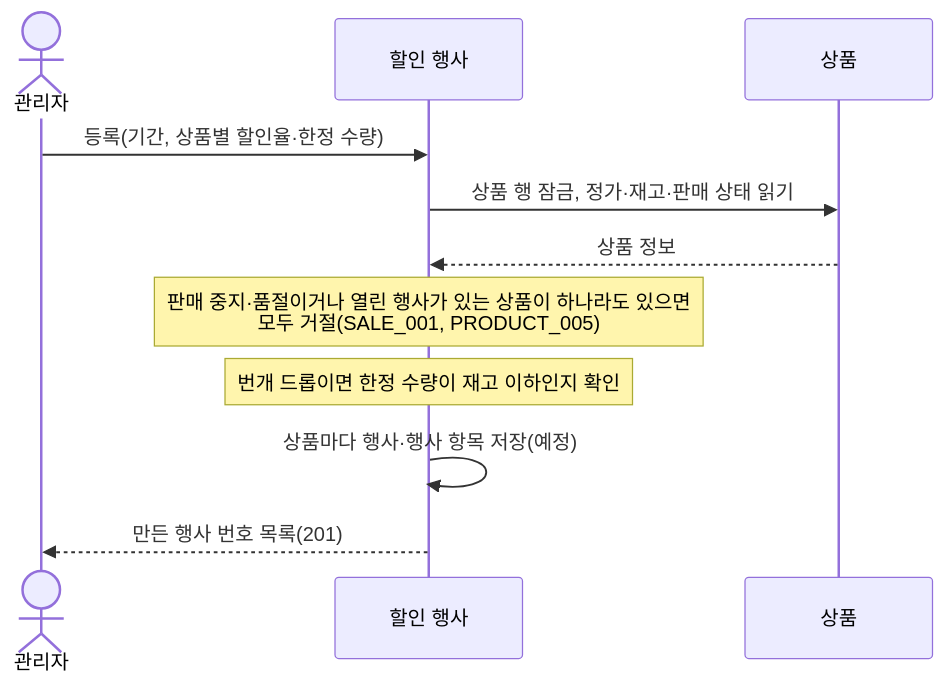
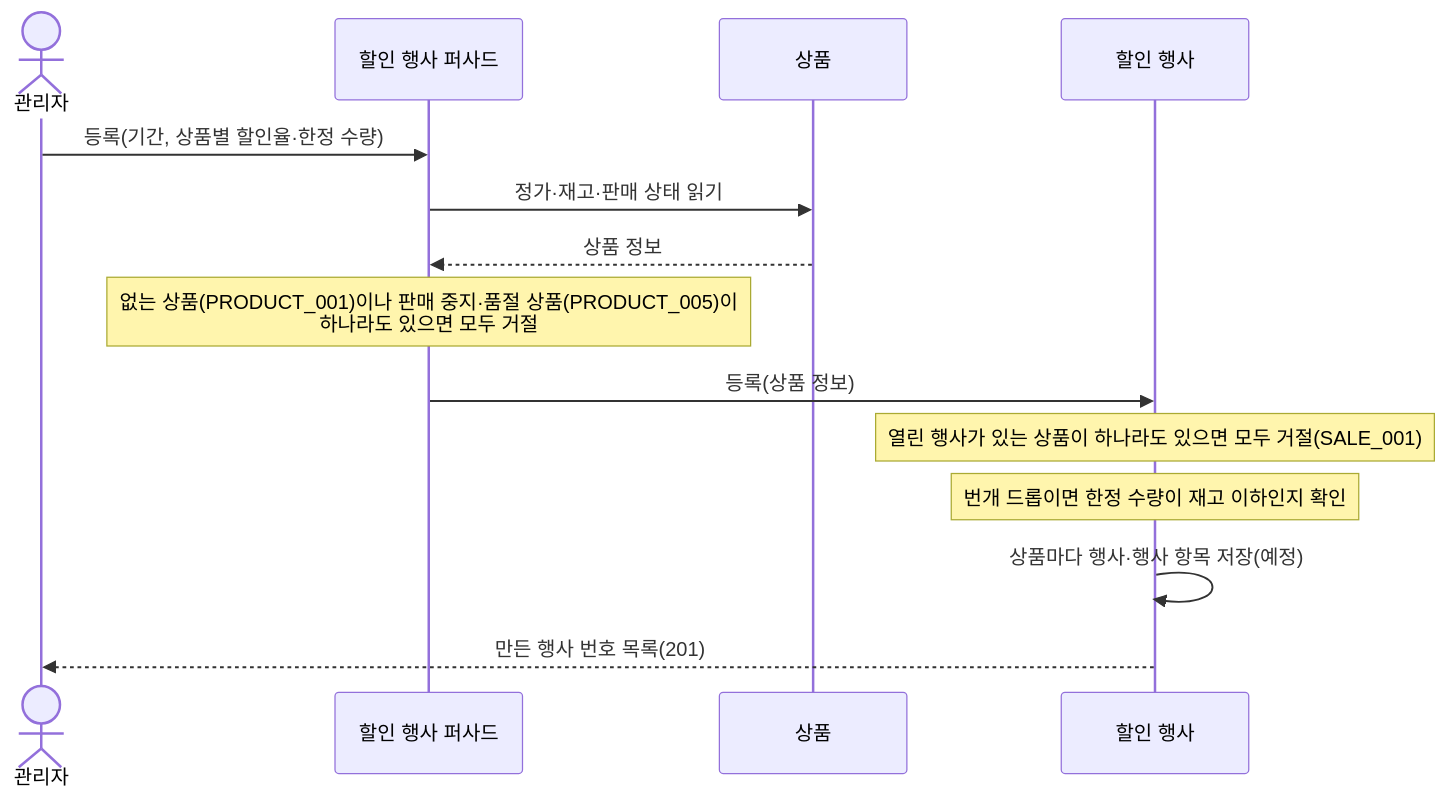
Before and after one commit to sparta-final-4/take-care-of-my-fridge: the second of 4 diagrams in docs/architecture/domains/sale-event.md, drawn with Mermaid. The commit also changed other lines of this file and 6 other files, not shown here.

````diff
--- a/docs/architecture/domains/sale-event.md
+++ b/docs/architecture/domains/sale-event.md
@@ -61,13 +61,16 @@
 ```mermaid
 sequenceDiagram
     actor 관리자
+    participant 퍼사드 as 할인 행사 퍼사드
+    participant 상품
     participant 할인 as 할인 행사
-    participant 상품
-    관리자->>할인: 등록(기간, 상품별 할인율·한정 수량)
-    할인->>상품: 상품 행 잠금, 정가·재고·판매 상태 읽기
-    상품-->>할인: 상품 정보
-    Note over 할인: 판매 중지·품절이거나 열린 행사가 있는 상품이 하나라도 있으면<br>모두 거절(SALE_001, PRODUCT_005)
+    관리자->>퍼사드: 등록(기간, 상품별 할인율·한정 수량)
+    퍼사드->>상품: 정가·재고·판매 상태 읽기
+    상품-->>퍼사드: 상품 정보
+    Note over 퍼사드: 없는 상품(PRODUCT_001)이나 판매 중지·품절 상품(PRODUCT_005)이<br>하나라도 있으면 모두 거절
+    퍼사드->>할인: 등록(상품 정보)
+    Note over 할인: 열린 행사가 있는 상품이 하나라도 있으면 모두 거절(SALE_001)
     Note over 할인: 번개 드롭이면 한정 수량이 재고 이하인지 확인
     할인->>할인: 상품마다 행사·행사 항목 저장(예정)
     할인-->>관리자: 만든 행사 번호 목록(201)
 ```
````
